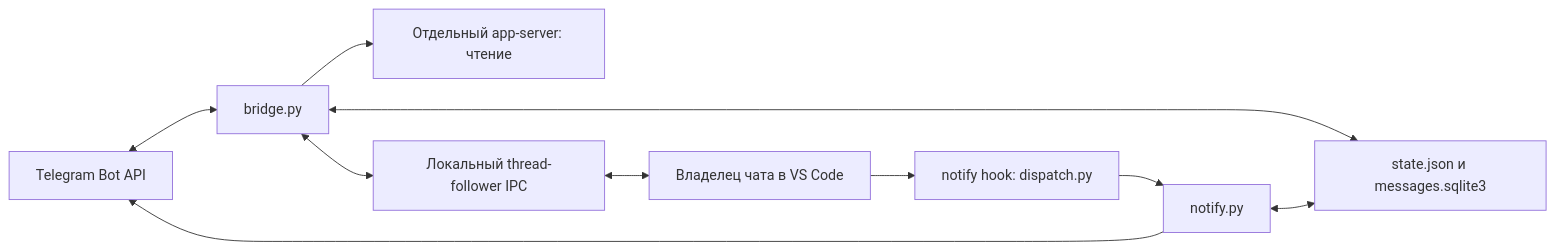
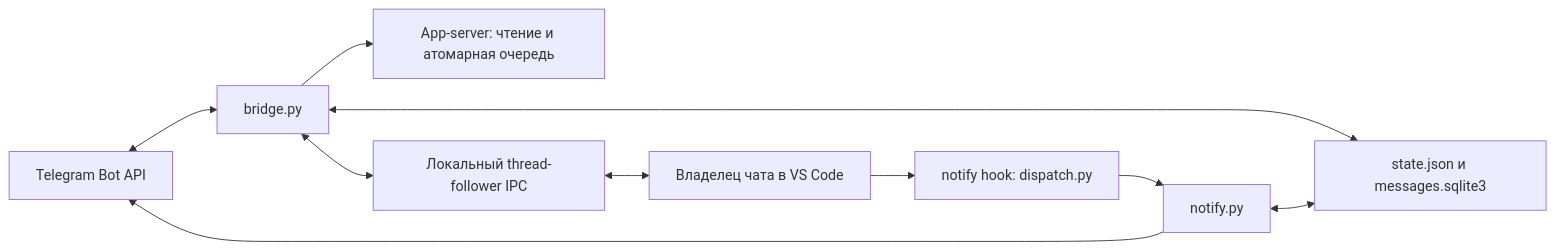
The diagram in DEVELOPER_GUIDE.md (jlekc/codex-remote-pult), drawn with Mermaid before and after one commit. The commit also changed other lines of this file and 18 other files, not shown here.

````diff
--- a/DEVELOPER_GUIDE.md
+++ b/DEVELOPER_GUIDE.md
@@ -13,12 +13,12 @@
 ```mermaid
 flowchart LR
     T[Telegram Bot API] <--> B[bridge.py]
-    B --> R[Отдельный app-server: чтение]
+    B --> R[App-server: чтение и атомарная очередь]
     B <--> I[Локальный thread-follower IPC]
     I <--> V[Владелец чата в VS Code]
     V --> H[notify hook: dispatch.py]
     H --> N[notify.py]
     N --> T
     B <--> S[state.json и messages.sqlite3]
     N <--> S
 ```
````
